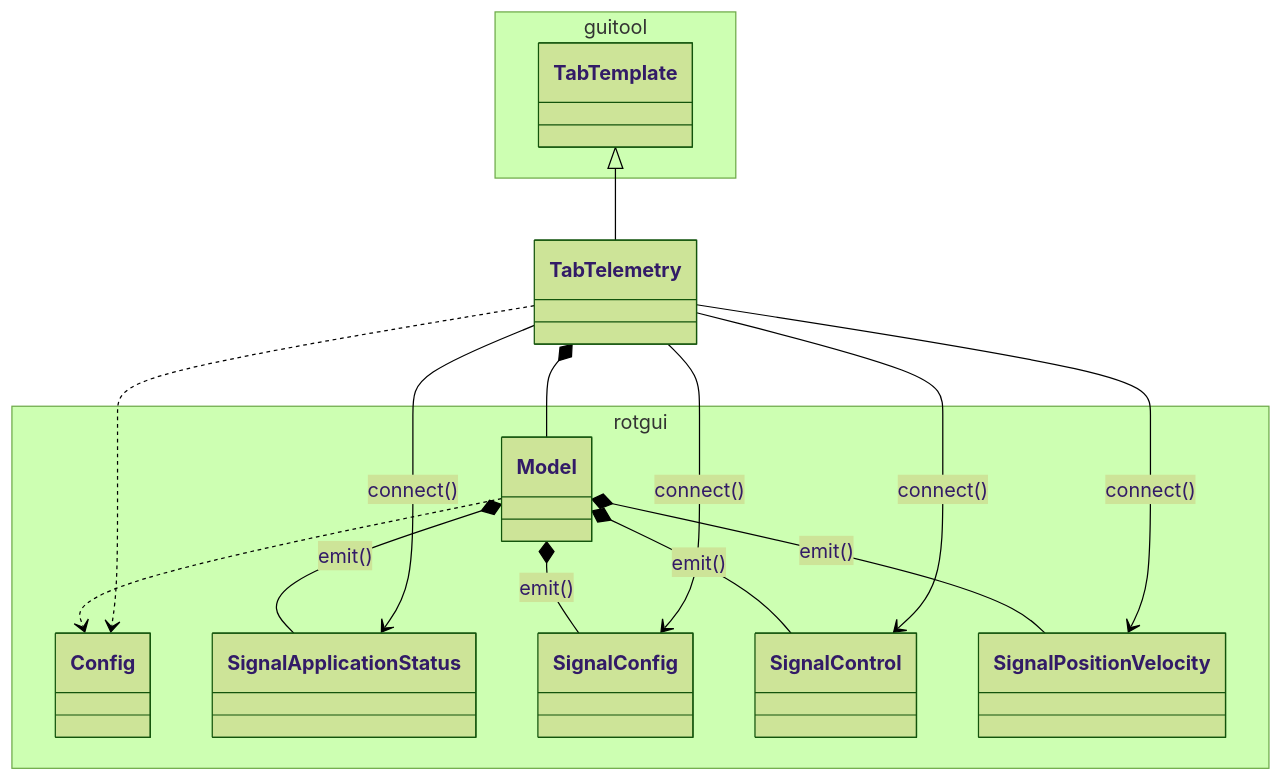
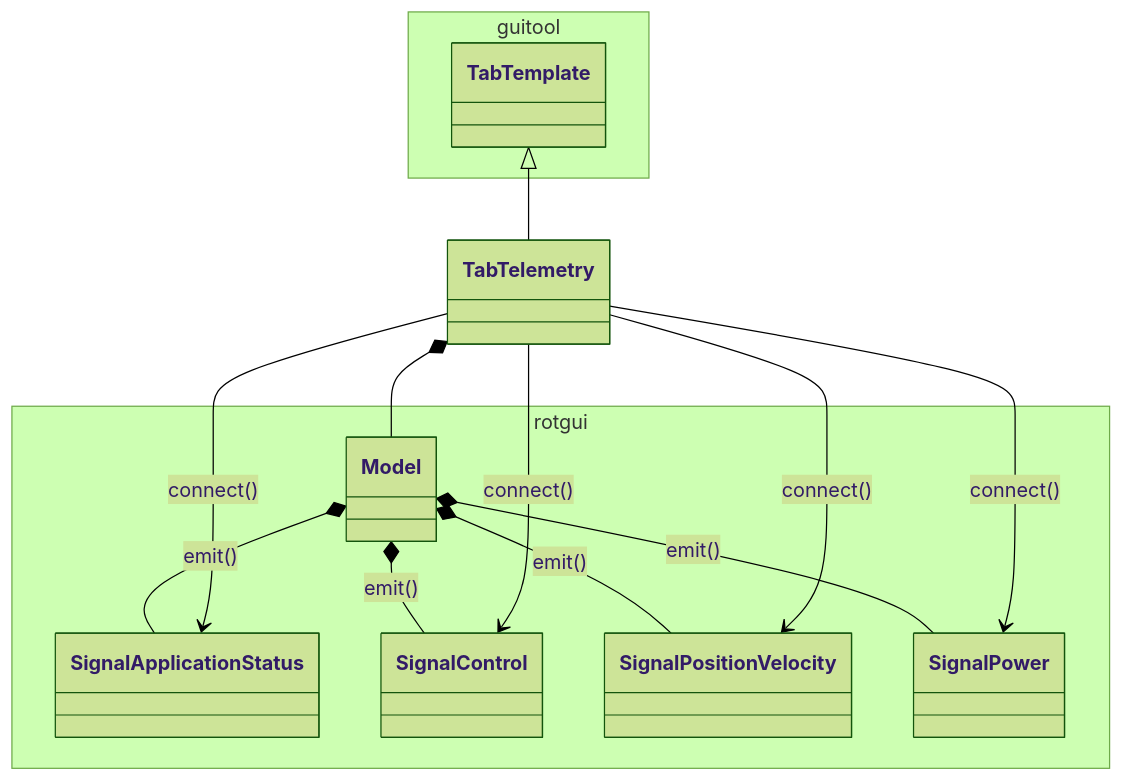
One commit to lsst-ts/ts_rotgui changed the diagram in doc/uml/tab/class_tab_telemetry.mmd. Above: the diagram before and after it, drawn with Mermaid (forest theme). The commit also changed 5 other files, not shown here.

```diff
--- a/doc/uml/tab/class_tab_telemetry.mmd
+++ b/doc/uml/tab/class_tab_telemetry.mmd
@@ -1,29 +1,26 @@
 classDiagram
 
 namespace guitool {
   class TabTemplate
 }
 
 namespace rotgui {
   class Model
-  class Config
   class SignalApplicationStatus
-  class SignalConfig
   class SignalControl
   class SignalPositionVelocity
+  class SignalPower
 }
 
-Model ..> Config
 Model *-- SignalApplicationStatus : emit()
-Model *-- SignalConfig : emit()
 Model *-- SignalControl : emit()
 Model *-- SignalPositionVelocity : emit()
+Model *-- SignalPower : emit()
 
 TabTemplate <|-- TabTelemetry
 
 TabTelemetry *-- Model
-TabTelemetry ..> Config
 TabTelemetry --> SignalApplicationStatus : connect()
-TabTelemetry --> SignalConfig : connect()
 TabTelemetry --> SignalControl : connect()
 TabTelemetry --> SignalPositionVelocity : connect()
+TabTelemetry --> SignalPower : connect()
```
